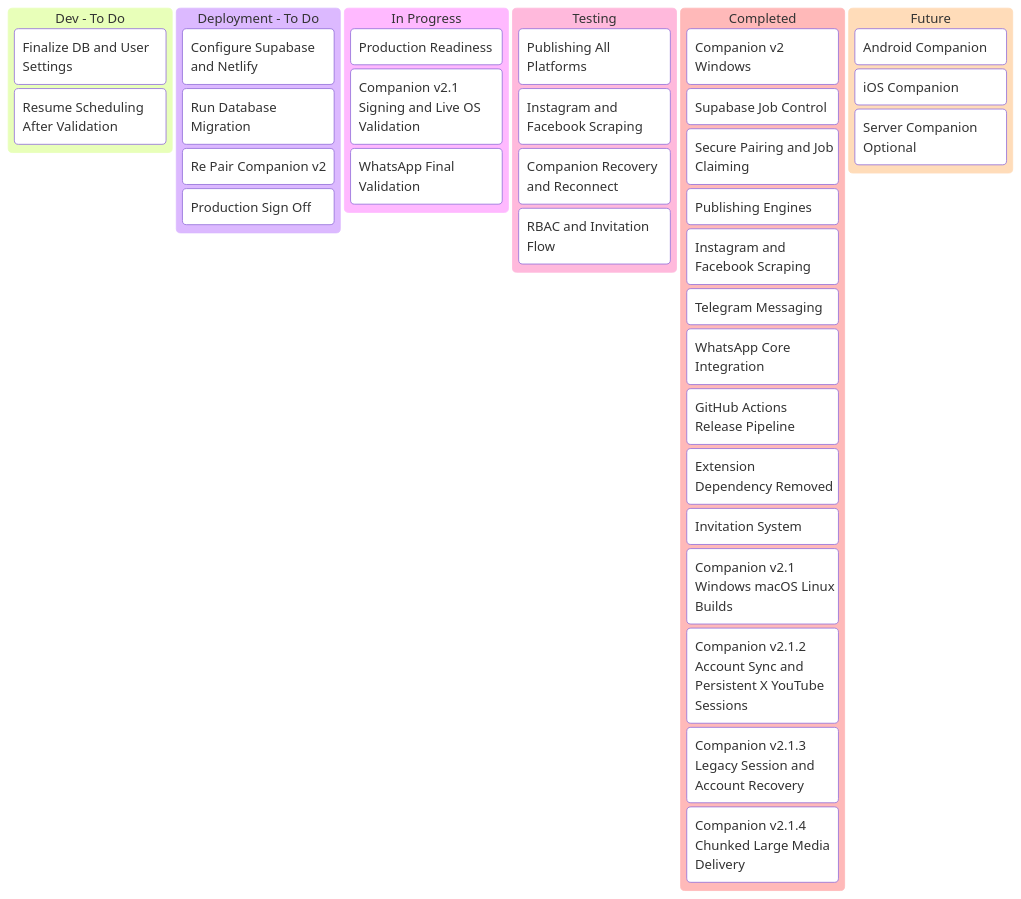
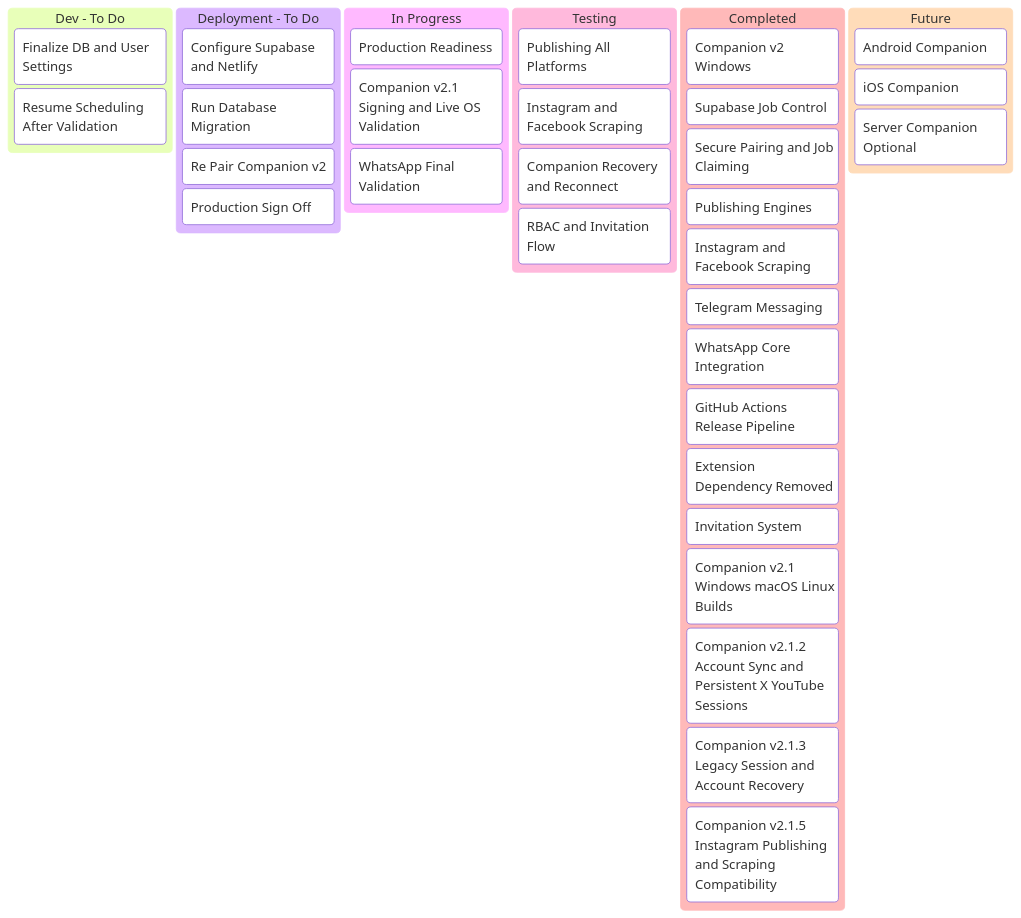
The first of 2 diagrams in agentic-that-project-tracker.md (tinitiateprime/agentic-that), drawn with Mermaid before and after one commit. The commit also changed 37 other files, not shown here.

Commit message:
release: improve cross-platform publishing and scraping

````diff
--- a/agentic-that-project-tracker.md
+++ b/agentic-that-project-tracker.md
@@ -5,44 +5,44 @@
 ```mermaid
 kanban
   devTodo[Dev - To Do]
     dev1[Finalize DB and User Settings]
     dev2[Resume Scheduling After Validation]
 
   deploymentTodo[Deployment - To Do]
     dep1[Configure Supabase and Netlify]
     dep2[Run Database Migration]
     dep3[Re Pair Companion v2]
     dep4[Production Sign Off]
 
   inProgress[In Progress]
     prog1[Production Readiness]
     prog2[Companion v2.1 Signing and Live OS Validation]
     prog3[WhatsApp Final Validation]
 
   testing[Testing]
     test1[Publishing All Platforms]
     test2[Instagram and Facebook Scraping]
     test3[Companion Recovery and Reconnect]
     test4[RBAC and Invitation Flow]
 
   completed[Completed]
     done1[Companion v2 Windows]
     done2[Supabase Job Control]
     done3[Secure Pairing and Job Claiming]
     done4[Publishing Engines]
     done5[Instagram and Facebook Scraping]
     done6[Telegram Messaging]
     done7[WhatsApp Core Integration]
     done8[GitHub Actions Release Pipeline]
     done9[Extension Dependency Removed]
     done10[Invitation System]
     done11[Companion v2.1 Windows macOS Linux Builds]
     done12[Companion v2.1.2 Account Sync and Persistent X YouTube Sessions]
     done13[Companion v2.1.3 Legacy Session and Account Recovery]
-    done14[Companion v2.1.4 Chunked Large Media Delivery]
+    done14[Companion v2.1.5 Instagram Publishing and Scraping Compatibility]
 
   future[Future]
     future1[Android Companion]
     future2[iOS Companion]
     future3[Server Companion Optional]
 ```
````
